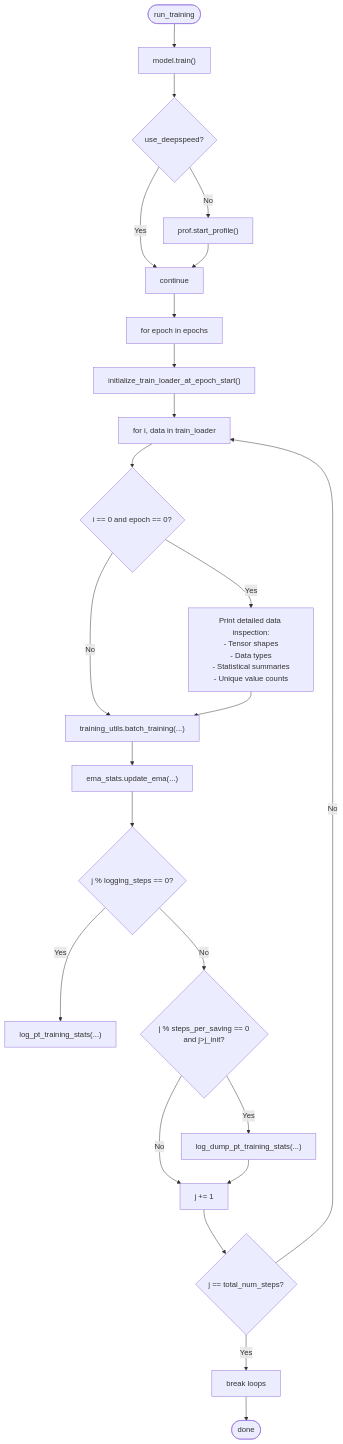
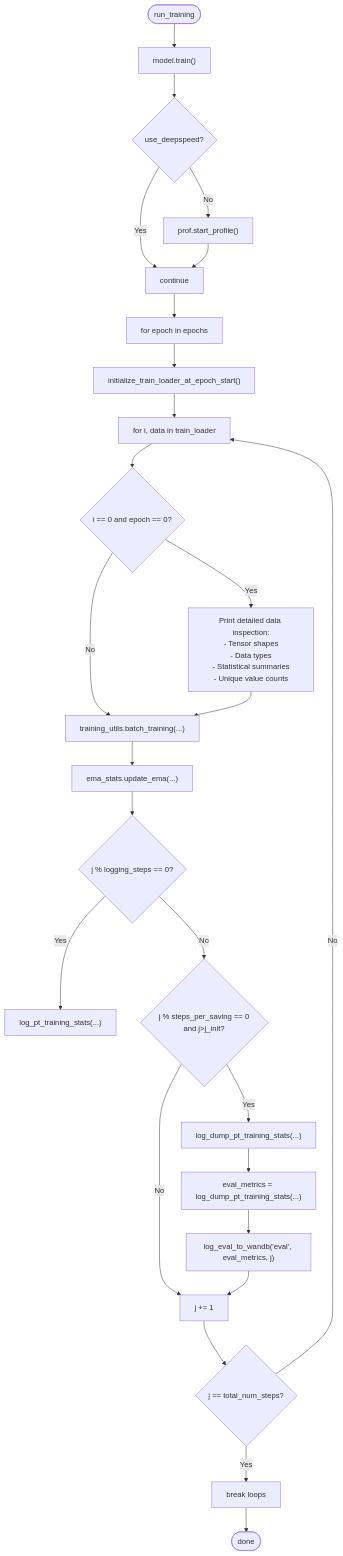
The seventh of 11 diagrams in .qoder/repowiki/en/content/Training Pipeline/Training Modes Strategy/Pre-training Mode.md (alibaba/graph-gpt), drawn with Mermaid before and after one commit. The commit also changed other lines of this file and 7 other files, not shown here.

````diff
--- a/.qoder/repowiki/en/content/Training Pipeline/Training Modes Strategy/Pre-training Mode.md
+++ b/.qoder/repowiki/en/content/Training Pipeline/Training Modes Strategy/Pre-training Mode.md
@@ -343,26 +348,28 @@
 ```mermaid
 flowchart TD
 Enter(["run_training"]) --> TrainMode["model.train()"]
 TrainMode --> Prof{"use_deepspeed?"}
 Prof --> |No| StartProf["prof.start_profile()"]
 Prof --> |Yes| Next["continue"]
 StartProf --> Next
 Next --> Epochs["for epoch in epochs"]
 Epochs --> ResetLoader["initialize_train_loader_at_epoch_start()"]
 ResetLoader --> Loop["for i, data in train_loader"]
 Loop --> CheckEpoch{"i == 0 and epoch == 0?"}
 CheckEpoch --> |Yes| Inspect["Print detailed data inspection:<br/>- Tensor shapes<br/>- Data types<br/>- Statistical summaries<br/>- Unique value counts"]
 CheckEpoch --> |No| Batch["training_utils.batch_training(...)"]
 Inspect --> Batch
 Batch --> EMA["ema_stats.update_ema(...)"]
 EMA --> Log{"j % logging_steps == 0?"}
 Log --> |Yes| LogStats["log_pt_training_stats(...)"]
 Log --> |No| SaveCheck{"j % steps_per_saving == 0<br/>and j>j_init?"}
 SaveCheck --> |Yes| Dump["log_dump_pt_training_stats(...)"]
 SaveCheck --> |No| StepInc["j += 1"]
-Dump --> StepInc
+Dump --> EvalMetrics["eval_metrics = log_dump_pt_training_stats(...)"]
+EvalMetrics --> WandbEval["log_eval_to_wandb('eval', eval_metrics, j)"]
+WandbEval --> StepInc
 StepInc --> Final{"j == total_num_steps?"}
 Final --> |Yes| Break["break loops"]
 Final --> |No| Loop
 Break --> End(["done"])
 ```
````
